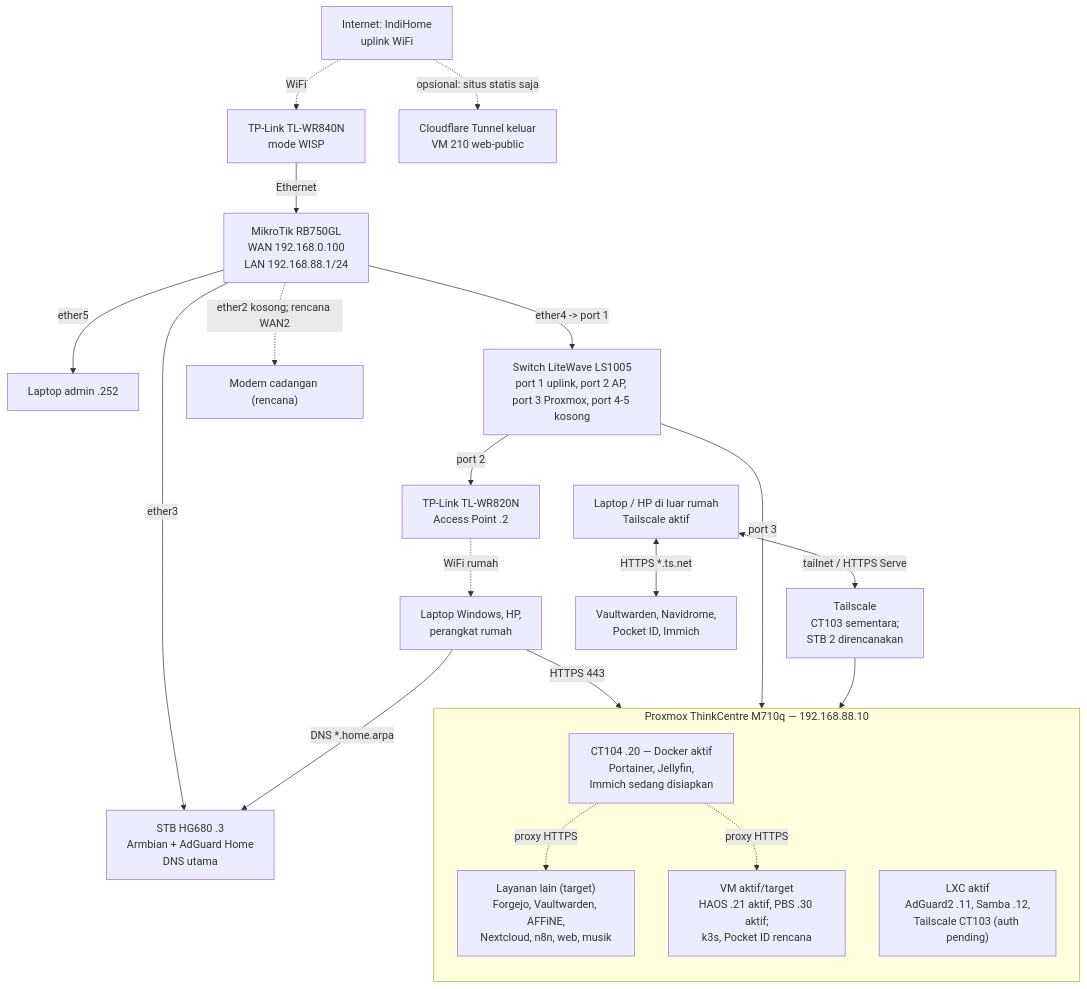
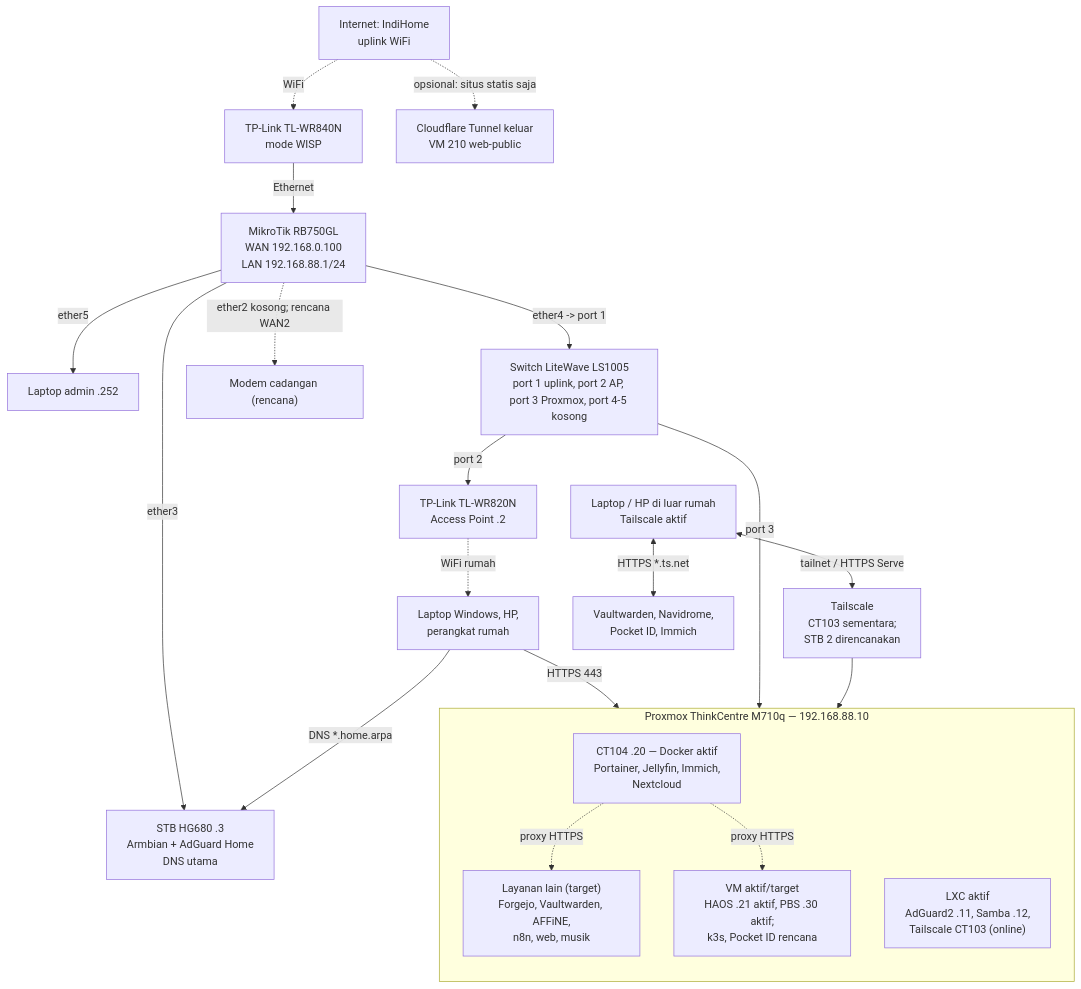
One commit to midnightcodeprotocol-corporation/home-server-lab changed the diagram in README.md. Above: the diagram before and after it, drawn with Mermaid. The commit also changed other lines of this file and 6 other files, not shown here.

````diff
--- a/README.md
+++ b/README.md
@@ -25,29 +25,29 @@
 ```mermaid
 flowchart TB
   Internet["Internet: IndiHome<br/>uplink WiFi"] -. WiFi .-> WISP["TP-Link TL-WR840N<br/>mode WISP"]
   WISP -->|"Ethernet"| MT["MikroTik RB750GL<br/>WAN 192.168.0.100<br/>LAN 192.168.88.1/24"]
   MT -->|"ether5"| Admin["Laptop admin .252"]
   AP -. WiFi rumah .-> Clients["Laptop Windows, HP,<br/>perangkat rumah"]
   MT -->|"ether4 -> port 1"| Switch["Switch LiteWave LS1005<br/>port 1 uplink, port 2 AP, port 3 Proxmox, port 4-5 kosong"]
   MT -->|"ether3"| STB1["STB HG680 .3<br/>Armbian + AdGuard Home<br/>DNS utama"]
   MT -.->|"ether2 kosong; rencana WAN2"| Modem2["Modem cadangan (rencana)"]
   Switch -->|"port 2"| AP["TP-Link TL-WR820N<br/>Access Point .2"]
   Switch -->|"port 3"| PVE
 
   subgraph PVE["Proxmox ThinkCentre M710q — 192.168.88.10"]
     direction TB
-    Core["CT104 .20 — Docker aktif<br/>Portainer, Jellyfin,<br/>Immich sedang disiapkan"]
-    Apps["Layanan lain (target)<br/>Forgejo, Vaultwarden, AFFiNE,<br/>Nextcloud, n8n, web, musik"]
+    Core["CT104 .20 — Docker aktif<br/>Portainer, Jellyfin, Immich,<br/>Nextcloud"]
+    Apps["Layanan lain (target)<br/>Forgejo, Vaultwarden, AFFiNE,<br/>n8n, web, musik"]
     Special["VM aktif/target<br/>HAOS .21 aktif, PBS .30 aktif;<br/>k3s, Pocket ID rencana"]
-    LXC["LXC aktif<br/>AdGuard2 .11, Samba .12,<br/>Tailscale CT103 (auth pending)"]
+    LXC["LXC aktif<br/>AdGuard2 .11, Samba .12,<br/>Tailscale CT103 (online)"]
     Core -. proxy HTTPS .-> Apps
     Core -. proxy HTTPS .-> Special
   end
 
   Clients -->|"DNS *.home.arpa"| STB1
   Clients -->|"HTTPS 443"| Core
   Remote["Laptop / HP di luar rumah<br/>Tailscale aktif"] <-->|"tailnet / HTTPS Serve"| TS["Tailscale<br/>CT103 sementara;<br/>STB 2 direncanakan"]
   TS --> PVE
   Remote <-->|"HTTPS *.ts.net"| Private["Vaultwarden, Navidrome,<br/>Pocket ID, Immich"]
   Internet -. "opsional: situs statis saja" .-> CF["Cloudflare Tunnel keluar<br/>VM 210 web-public"]
 ```
````
